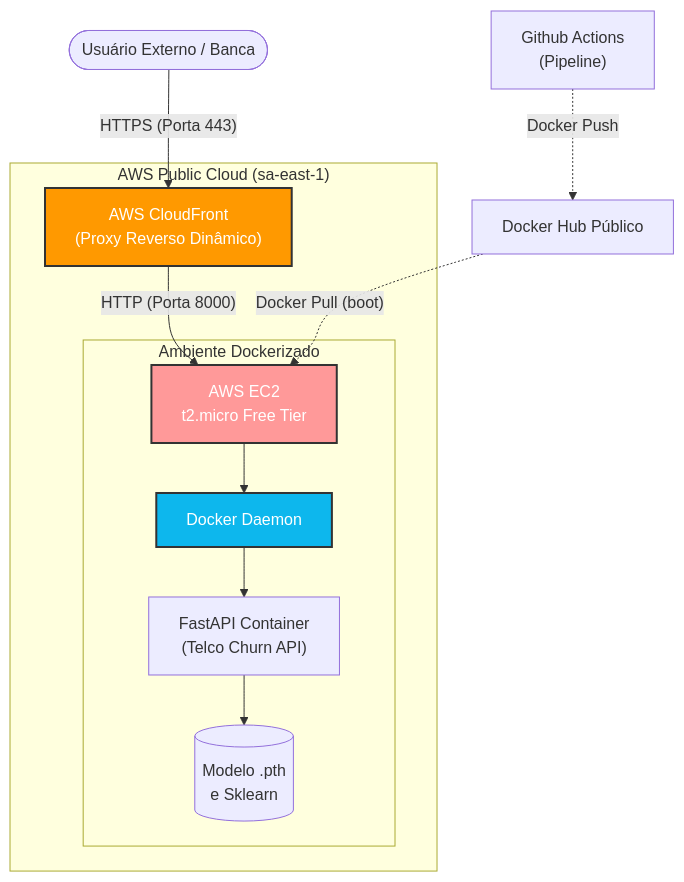
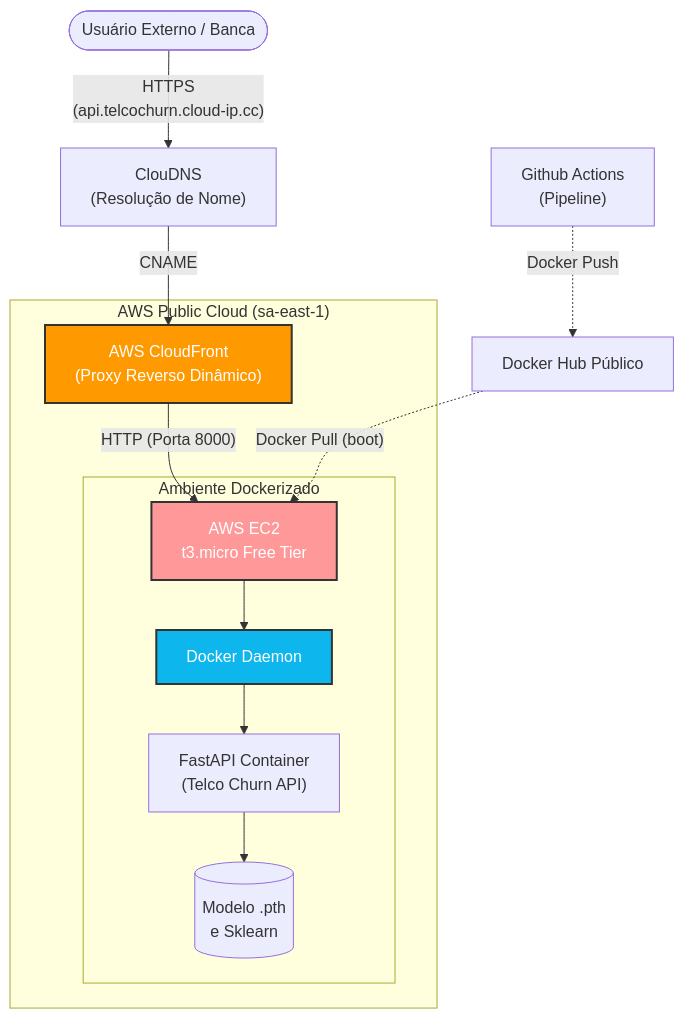
Before and after one commit to fiap-postech-9mlet-grupo85/tech-challenge-fase01: the diagram in docs/infrastructure.md, drawn with Mermaid. The commit also changed other lines of this file and 8 other files, not shown here.

First line of the commit message:
Enable CloudFront distribution and expose production URL outputs (#25)

````diff
--- a/docs/infrastructure.md
+++ b/docs/infrastructure.md
@@ -7,21 +7,22 @@
 ```mermaid
 flowchart TD
-    User(["Usuário Externo / Banca"]) -->|"HTTPS (Porta 443)"| CF["AWS CloudFront\n(Proxy Reverso Dinâmico)"]
+    User(["Usuário Externo / Banca"]) -->|"HTTPS\n(api.telcochurn.cloud-ip.cc)"| DNS["ClouDNS\n(Resolução de Nome)"]
+    DNS -->|"CNAME"| CF["AWS CloudFront\n(Proxy Reverso Dinâmico)"]
     
     subgraph "AWS Public Cloud (sa-east-1)"
-        CF -->|"HTTP (Porta 8000)"| EC2["AWS EC2\nt2.micro Free Tier"]
+        CF -->|"HTTP (Porta 8000)"| EC2["AWS EC2\nt3.micro Free Tier"]
         
         subgraph "Ambiente Dockerizado"
             EC2 --> Docker["Docker Daemon"]
             Docker --> FastAPI["FastAPI Container\n(Telco Churn API)"]
             FastAPI --> Model[("Modelo .pth\ne Sklearn")]
         end
     end
     
     GH["Github Actions\n(Pipeline)"] -.->|"Docker Push"| DH["Docker Hub Público"]
     DH -.->|"Docker Pull (boot)"| EC2
     
     style CF fill:#f90,stroke:#333,stroke-width:2px,color:#fff
     style EC2 fill:#f99,stroke:#333,stroke-width:2px,color:#fff
     style Docker fill:#0db7ed,stroke:#333,stroke-width:2px,color:#fff
 ```
````
